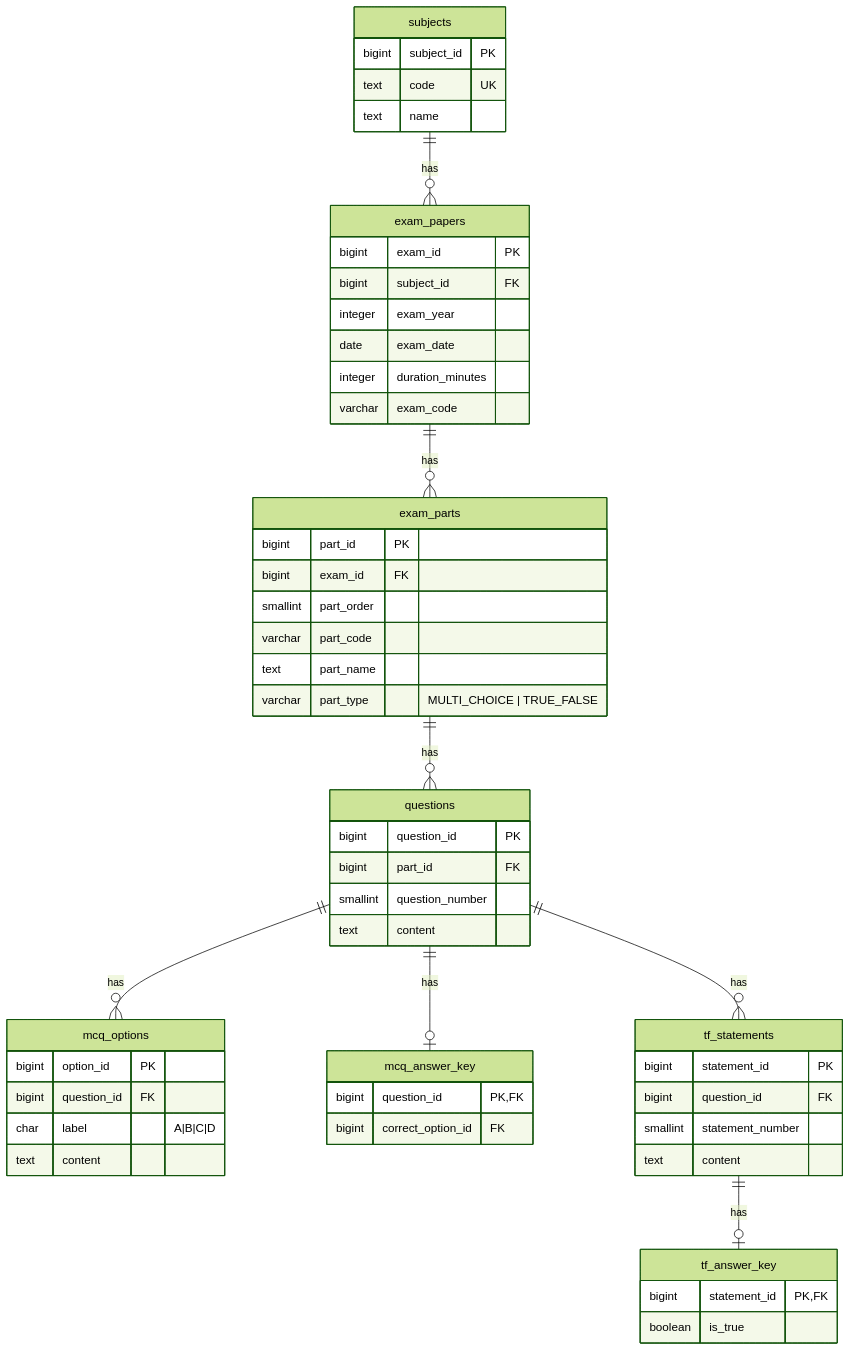
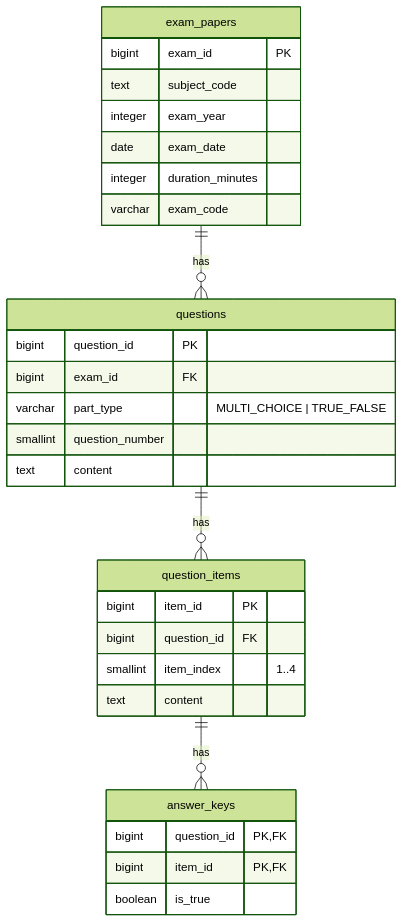
One commit to diengbtvu/test changed the diagram in thptqg_it_exam_db_design.md. Above: the diagram before and after it, drawn with Mermaid (forest theme). The commit also changed other lines of this file, not shown here.

````diff
--- a/thptqg_it_exam_db_design.md
+++ b/thptqg_it_exam_db_design.md
@@ -31,67 +28,36 @@
 ```mermaid
 erDiagram
-    subjects ||--o{ exam_papers : has
-    exam_papers ||--o{ exam_parts : has
-    exam_parts ||--o{ questions : has
-
-    questions ||--o{ mcq_options : has
-    questions ||--o| mcq_answer_key : has
-
-    questions ||--o{ tf_statements : has
-    tf_statements ||--o| tf_answer_key : has
-
-    subjects {
-        bigint subject_id PK
-        text   code      UK
-        text   name
-    }
+    exam_papers ||--o{ questions : has
+    questions ||--o{ question_items : has
+    question_items ||--o{ answer_keys : has
 
     exam_papers {
-        bigint exam_id PK
-        bigint subject_id FK
+        bigint  exam_id PK
+        text    subject_code
         integer exam_year
         date    exam_date
         integer duration_minutes
         varchar exam_code
     }
 
-    exam_parts {
-        bigint part_id PK
-        bigint exam_id FK
-        smallint part_order
-        varchar  part_code
-        text     part_name
-        varchar  part_type  "MULTI_CHOICE | TRUE_FALSE"
+    questions {
+        bigint  question_id PK
+        bigint  exam_id FK
+        varchar part_type  "MULTI_CHOICE | TRUE_FALSE"
+        smallint question_number
+        text    content
     }
 
-    questions {
-        bigint question_id PK
-        bigint part_id FK
-        smallint question_number
-        text     content
+    question_items {
+        bigint  item_id PK
+        bigint  question_id FK
+        smallint item_index  "1..4"
+        text    content
     }
 
-    mcq_options {
-        bigint option_id PK
-        bigint question_id FK
-        char   label  "A|B|C|D"
-        text   content
-    }
-
-    mcq_answer_key {
-        bigint question_id PK, FK
-        bigint correct_option_id FK
-    }
-
-    tf_statements {
-        bigint statement_id PK
-        bigint question_id FK
-        smallint statement_number
-        text     content
-    }
-
-    tf_answer_key {
-        bigint statement_id PK, FK
+    answer_keys {
+        bigint  question_id PK, FK
+        bigint  item_id    PK, FK
         boolean is_true
     }
 ```
````
